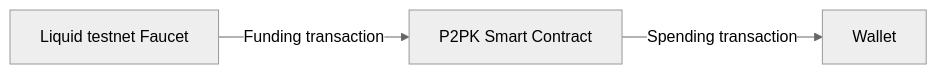
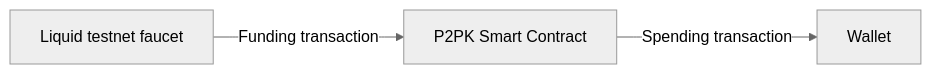
One commit to BlockstreamResearch/simplicity-lang-org changed the diagram in docs/getting-started/quickstart.md. Above: the diagram before and after it, drawn with Mermaid (neutral theme). The commit also changed other lines of this file, not shown here.

Commit message:
Use new `fund-from-faucet` command instead of browser step in quickstart

````diff
--- a/docs/getting-started/quickstart.md
+++ b/docs/getting-started/quickstart.md
@@ -115,5 +115,5 @@
 ```mermaid
 flowchart LR
-    A[Liquid testnet Faucet] -- Funding transaction --> B[P2PK Smart Contract];
+    A[Liquid testnet faucet] -- Funding transaction --> B[P2PK Smart Contract];
     B -- Spending transaction --> C[Wallet];
 ```
````
